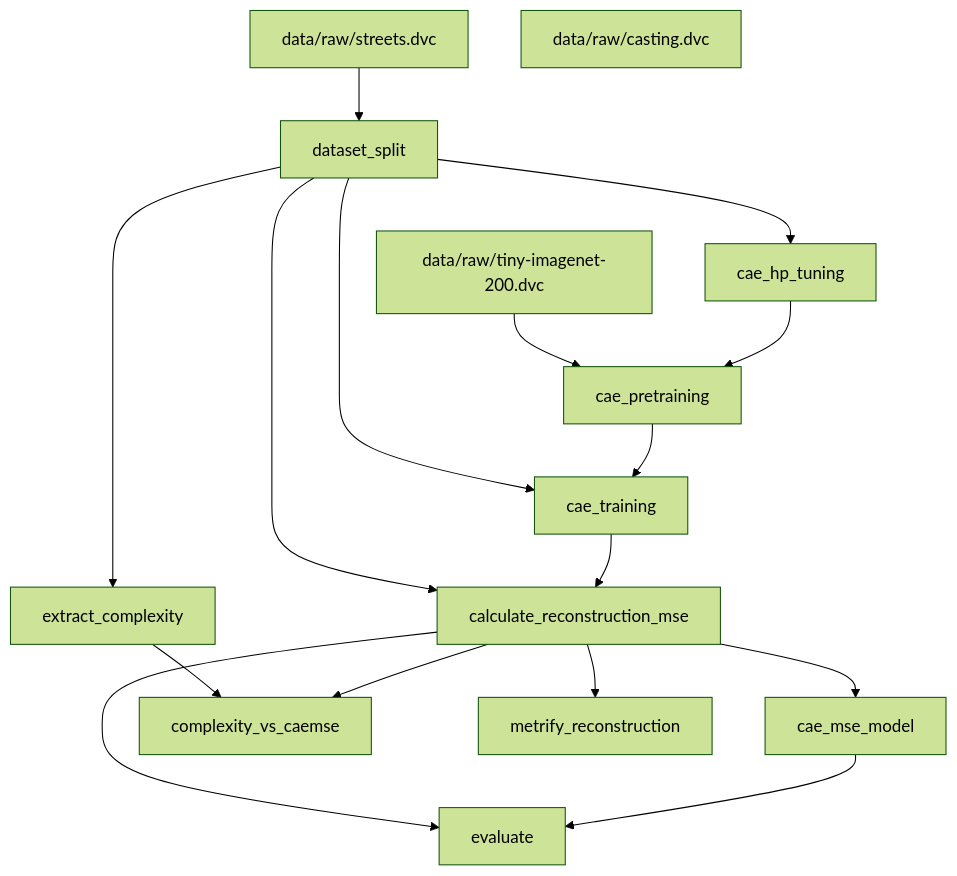
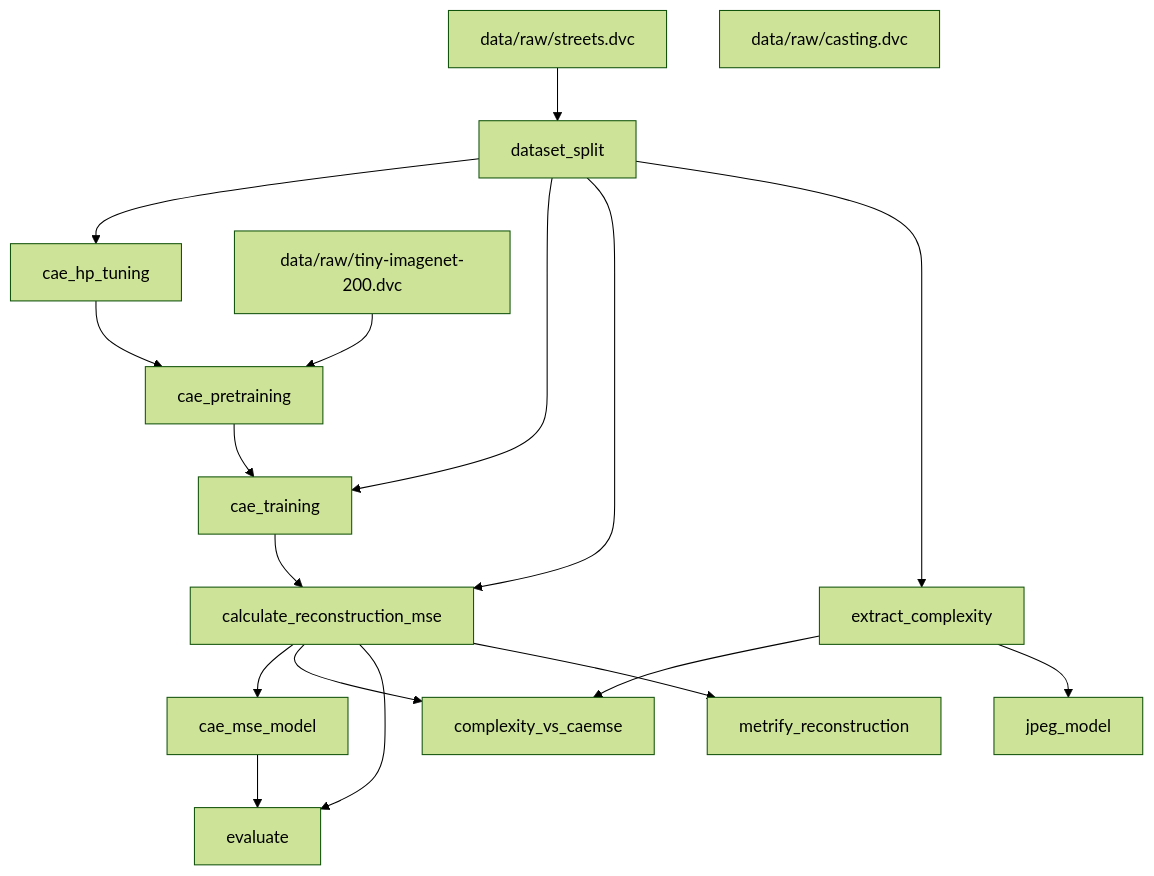
The diagram in visualisation/dag.md (alexsandercaac/img-complexity-cae), drawn with Mermaid (forest theme) before and after one commit. The commit also changed 6 other files, not shown here.

Commit message:
Added jpeg_model stage

````diff
--- a/visualisation/dag.md
+++ b/visualisation/dag.md
@@ -1,31 +1,33 @@
 ```mermaid
 flowchart TD
 	node1["cae_hp_tuning"]
 	node2["cae_mse_model"]
 	node3["cae_pretraining"]
 	node4["cae_training"]
 	node5["calculate_reconstruction_mse"]
 	node6["complexity_vs_caemse"]
 	node7["data/raw/streets.dvc"]
 	node8["data/raw/tiny-imagenet-200.dvc"]
 	node9["dataset_split"]
 	node10["evaluate"]
 	node11["extract_complexity"]
-	node12["metrify_reconstruction"]
+	node12["jpeg_model"]
+	node13["metrify_reconstruction"]
 	node1-->node3
 	node2-->node10
 	node3-->node4
 	node4-->node5
 	node5-->node2
 	node5-->node6
 	node5-->node10
-	node5-->node12
+	node5-->node13
 	node7-->node9
 	node8-->node3
 	node9-->node1
 	node9-->node4
 	node9-->node5
 	node9-->node11
 	node11-->node6
-	node13["data/raw/casting.dvc"]
+	node11-->node12
+	node14["data/raw/casting.dvc"]
 ```
````
